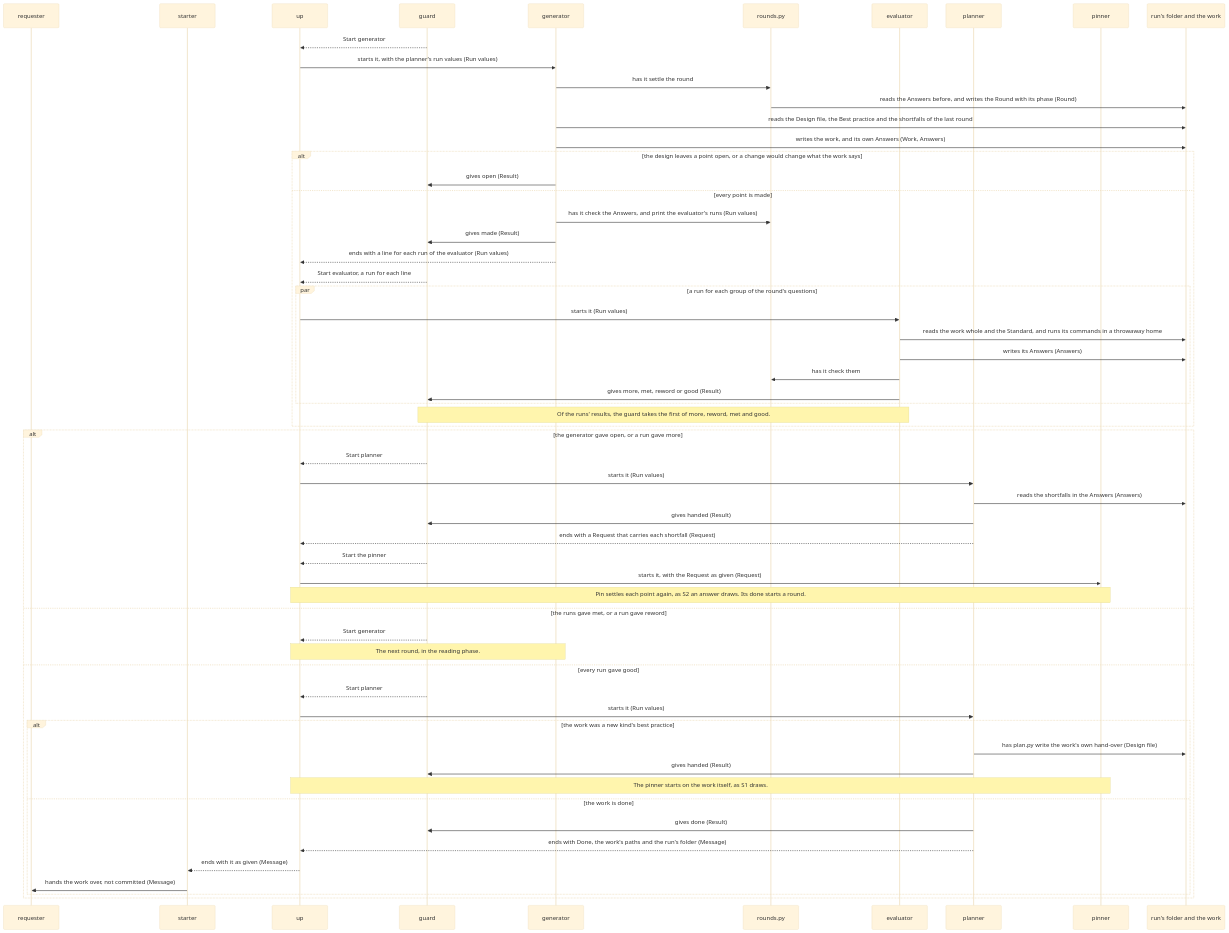
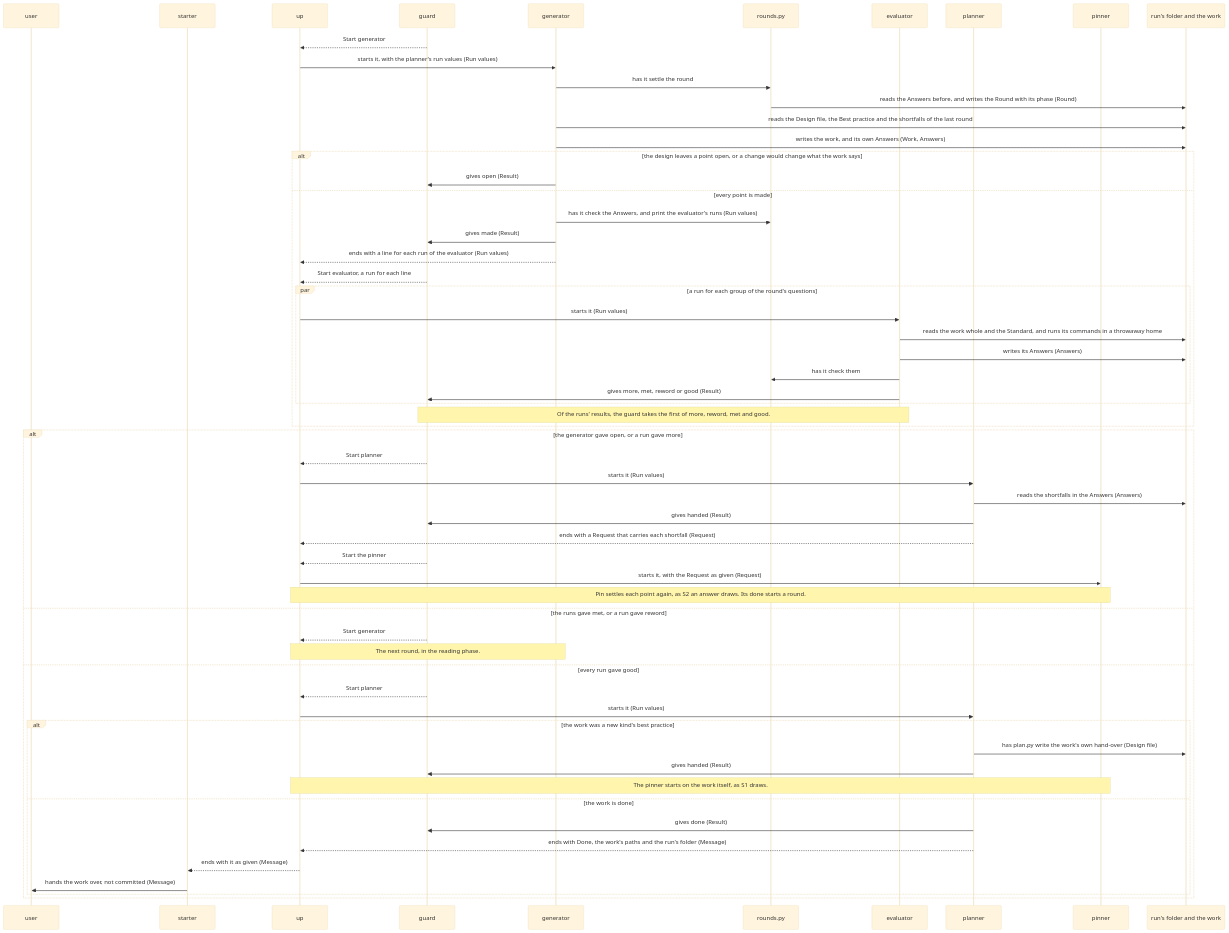
One commit to lovaizu/ccpm changed the third of 3 diagrams in plugins/turn/core/domain/best-practices/architecture/example.md. Above: the diagram before and after it, drawn with Mermaid (base theme). The commit also changed other lines of this file and 9 other files, not shown here.

First line of the commit message:
turn: Turn's one role is the user, not the requester, as each of the two is the user of what it uses, and the user of the work Turn makes is always named the work's user

````diff
--- a/plugins/turn/core/domain/best-practices/architecture/example.md
+++ b/plugins/turn/core/domain/best-practices/architecture/example.md
@@ -290,61 +290,61 @@
 ```mermaid
 sequenceDiagram
-  participant R as requester
+  participant R as user
   participant ST as starter
   participant U as up
   participant G as guard
   participant GE as generator
   participant RS as rounds.py
   participant E as evaluator
   participant PL as planner
   participant PN as pinner
   participant F as run's folder and the work
   G-->>U: Start generator
   U->>GE: starts it, with the planner's run values (Run values)
   GE->>RS: has it settle the round
   RS->>F: reads the Answers before, and writes the Round with its phase (Round)
   GE->>F: reads the Design file, the Best practice and the shortfalls of the last round
   GE->>F: writes the work, and its own Answers (Work, Answers)
   alt the design leaves a point open, or a change would change what the work says
     GE->>G: gives open (Result)
   else every point is made
     GE->>RS: has it check the Answers, and print the evaluator's runs (Run values)
     GE->>G: gives made (Result)
     GE-->>U: ends with a line for each run of the evaluator (Run values)
     G-->>U: Start evaluator, a run for each line
     par a run for each group of the round's questions
       U->>E: starts it (Run values)
       E->>F: reads the work whole and the Standard, and runs its commands in a throwaway home
       E->>F: writes its Answers (Answers)
       E->>RS: has it check them
       E->>G: gives more, met, reword or good (Result)
     end
     Note over G,E: Of the runs' results, the guard takes the first of more, reword, met and good.
   end
   alt the generator gave open, or a run gave more
     G-->>U: Start planner
     U->>PL: starts it (Run values)
     PL->>F: reads the shortfalls in the Answers (Answers)
     PL->>G: gives handed (Result)
     PL-->>U: ends with a Request that carries each shortfall (Request)
     G-->>U: Start the pinner
     U->>PN: starts it, with the Request as given (Request)
     Note over U,PN: Pin settles each point again, as S2 an answer draws. Its done starts a round.
   else the runs gave met, or a run gave reword
     G-->>U: Start generator
     Note over U,GE: The next round, in the reading phase.
   else every run gave good
     G-->>U: Start planner
     U->>PL: starts it (Run values)
     alt the work was a new kind's best practice
       PL->>F: has plan.py write the work's own hand-over (Design file)
       PL->>G: gives handed (Result)
       Note over U,PN: The pinner starts on the work itself, as S1 draws.
     else the work is done
       PL->>G: gives done (Result)
       PL-->>U: ends with Done, the work's paths and the run's folder (Message)
       U-->>ST: ends with it as given (Message)
       ST->>R: hands the work over, not committed (Message)
     end
   end
 ```
````
